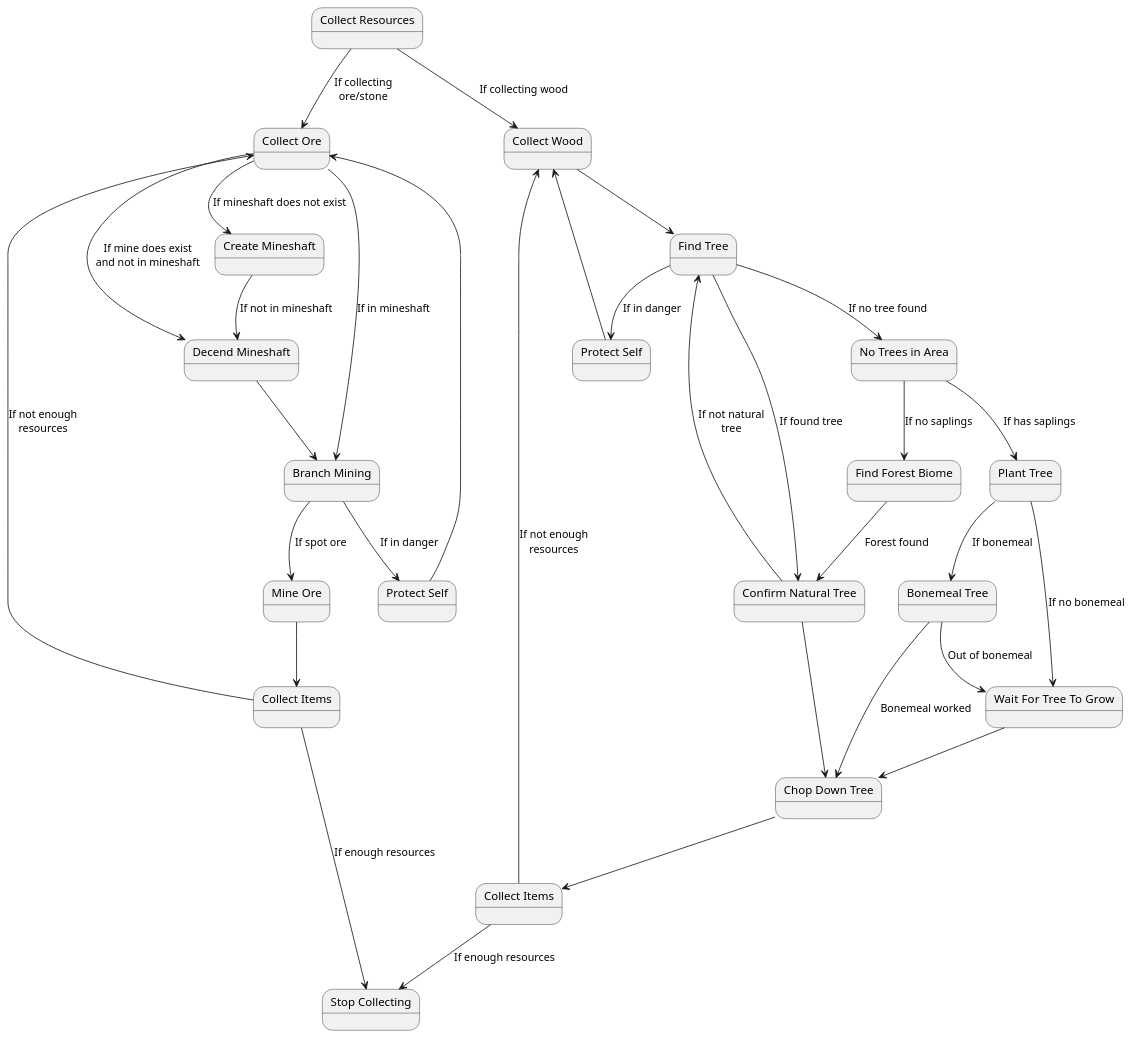
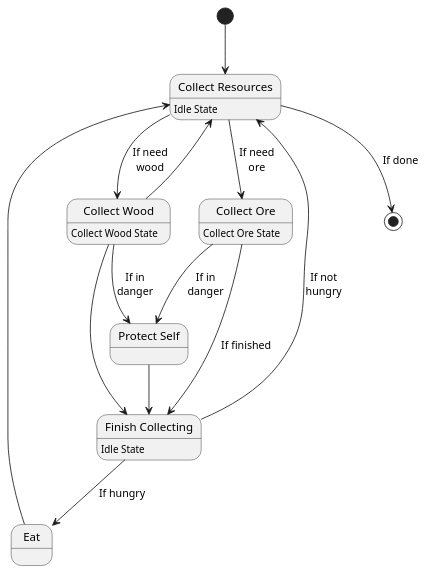
One commit to PrismarineJS/prismarine-gameplay changed the diagram in plantuml/collectResources.pu. Above: the diagram before and after it, drawn with PlantUML. The commit also changed 3 other files, not shown here.

```diff
--- a/plantuml/collectResources.pu
+++ b/plantuml/collectResources.pu
@@ -1,68 +1,27 @@
-@startuml StateMachine
+@startuml "Collect Resources"
 
-state "Collect Resources" as CollectResources
-state "Collect Ore" as CollectOre
-state "Create Mineshaft" as CreateMineshaft
-state "Decend Mineshaft" as DecendMineshaft
-state "Branch Mining" as BranchMining
-state "Stop Collecting" as StopCollecting
-state "Mine Ore" as MineOre
-state "Collect Items" as CollectItemsA
-state "Protect Self" as ProtectSelfA
+state "Collect Resources" as CollectResources : Idle State
+state "Collect Wood" as CollectWood : Collect Wood State
+state "Collect Ore" as CollectOre : Collect Ore State
+state "Protect Self" as ProtectSelf
+state "Eat" as Eat
 
-CollectResources --> CollectOre : If collecting\nore/stone
-CollectOre --> CreateMineshaft : If mineshaft does not exist
-CreateMineshaft --> DecendMineshaft : If not in mineshaft
-CollectOre --> DecendMineshaft : If mine does exist\nand not in mineshaft
+[*] --> CollectResources
+CollectResources --> [*] : If done
 
-CollectOre --> BranchMining : If in mineshaft
-DecendMineshaft --> BranchMining
+state "Finish Collecting" as FinishCollecting : Idle State
+CollectResources --> CollectOre : If need\nore
+CollectOre --> FinishCollecting : If finished
+CollectOre --> ProtectSelf : If in\ndanger
 
-BranchMining --> MineOre : If spot ore
-MineOre --> CollectItemsA
+CollectResources --> CollectWood : If need\nwood
+CollectWood --> CollectResources
+CollectWood --> FinishCollecting
+CollectWood --> ProtectSelf : If in\ndanger
 
-BranchMining --> ProtectSelfA : If in danger
-ProtectSelfA --> CollectOre
-
-CollectItemsA --> CollectOre : If not enough\nresources
-CollectItemsA --> StopCollecting : If enough resources
-
-state "Collect Wood" as CollectWood
-state "Find Tree" as FindTree
-state "No Trees in Area" as NoTreesInArea
-state "Plant Tree" as PlantTree
-state "Wait For Tree To Grow" as WaitForTreeToGrow
-state "Bonemeal Tree" as BonemealTree
-state "Find Forest Biome" as FindForestBiome
-state "Confirm Natural Tree" as ConfirmNaturalTree
-state "Chop Down Tree" as ChopDownTree
-state "Collect Items" as CollectItemsB
-state "Protect Self" as ProtectSelfB
-
-CollectResources --> CollectWood : If collecting wood
-CollectWood --> FindTree
-
-FindTree --> ConfirmNaturalTree : If found tree
-FindTree --> NoTreesInArea : If no tree found
-NoTreesInArea --> PlantTree : If has saplings
-NoTreesInArea --> FindForestBiome : If no saplings
-
-FindForestBiome --> ConfirmNaturalTree : Forest found
-
-PlantTree --> WaitForTreeToGrow : If no bonemeal
-PlantTree --> BonemealTree : If bonemeal
-BonemealTree --> WaitForTreeToGrow : Out of bonemeal
-WaitForTreeToGrow --> ChopDownTree
-BonemealTree --> ChopDownTree : Bonemeal worked
-
-ConfirmNaturalTree --> FindTree : If not natural\ntree
-ConfirmNaturalTree --> ChopDownTree
-ChopDownTree --> CollectItemsB
-
-FindTree --> ProtectSelfB : If in danger
-ProtectSelfB --> CollectWood
-
-CollectItemsB --> CollectWood : If not enough\nresources
-CollectItemsB --> StopCollecting : If enough resources
+ProtectSelf --> FinishCollecting
+FinishCollecting --> CollectResources : If not\nhungry
+FinishCollecting --> Eat : If hungry
+Eat --> CollectResources
 
 @enduml
```
